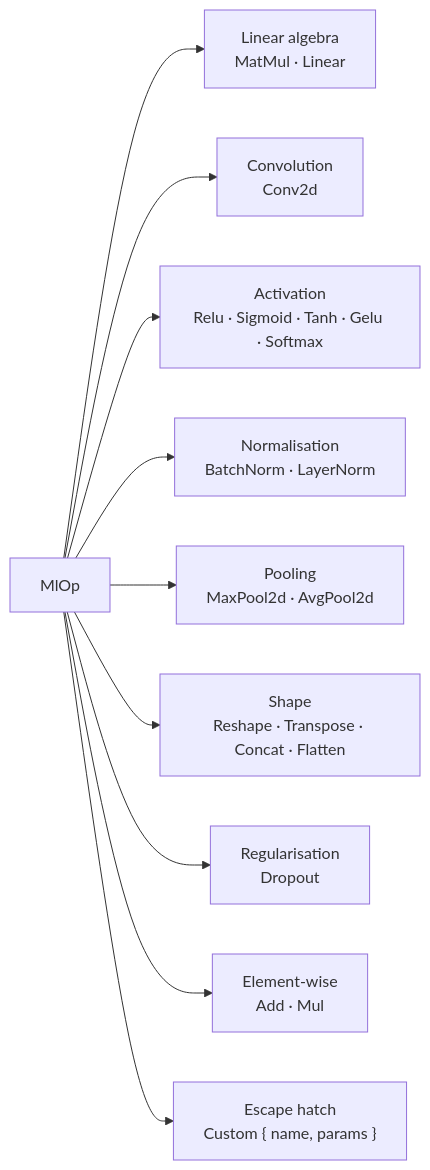
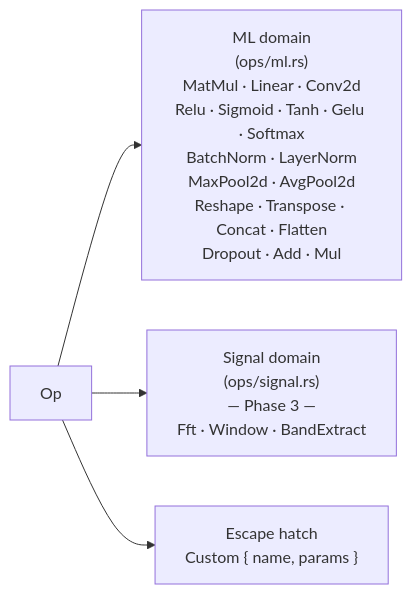
One commit to vansweej/graphynx changed the first of 3 diagrams in docs/op-catalog.md. Above: the diagram before and after it, drawn with Mermaid. The commit also changed other lines of this file and 10 other files, not shown here.

````diff
--- a/docs/op-catalog.md
+++ b/docs/op-catalog.md
@@ -9,12 +20,6 @@
 ```mermaid
 graph LR
-    MlOp --> LinearAlgebra["Linear algebra<br/>MatMul · Linear"]
-    MlOp --> Convolution["Convolution<br/>Conv2d"]
-    MlOp --> Activation["Activation<br/>Relu · Sigmoid · Tanh · Gelu · Softmax"]
-    MlOp --> Normalisation["Normalisation<br/>BatchNorm · LayerNorm"]
-    MlOp --> Pooling["Pooling<br/>MaxPool2d · AvgPool2d"]
-    MlOp --> Shape["Shape<br/>Reshape · Transpose · Concat · Flatten"]
-    MlOp --> Regularisation["Regularisation<br/>Dropout"]
-    MlOp --> ElementWise["Element-wise<br/>Add · Mul"]
-    MlOp --> EscapeHatch["Escape hatch<br/>Custom { name, params }"]
+    Op --> ML["ML domain<br/>(ops/ml.rs)<br/>MatMul · Linear · Conv2d<br/>Relu · Sigmoid · Tanh · Gelu · Softmax<br/>BatchNorm · LayerNorm<br/>MaxPool2d · AvgPool2d<br/>Reshape · Transpose · Concat · Flatten<br/>Dropout · Add · Mul"]
+    Op --> Signal["Signal domain<br/>(ops/signal.rs)<br/>— Phase 3 —<br/>Fft · Window · BandExtract"]
+    Op --> EscapeHatch["Escape hatch<br/>Custom { name, params }"]
 ```
````
